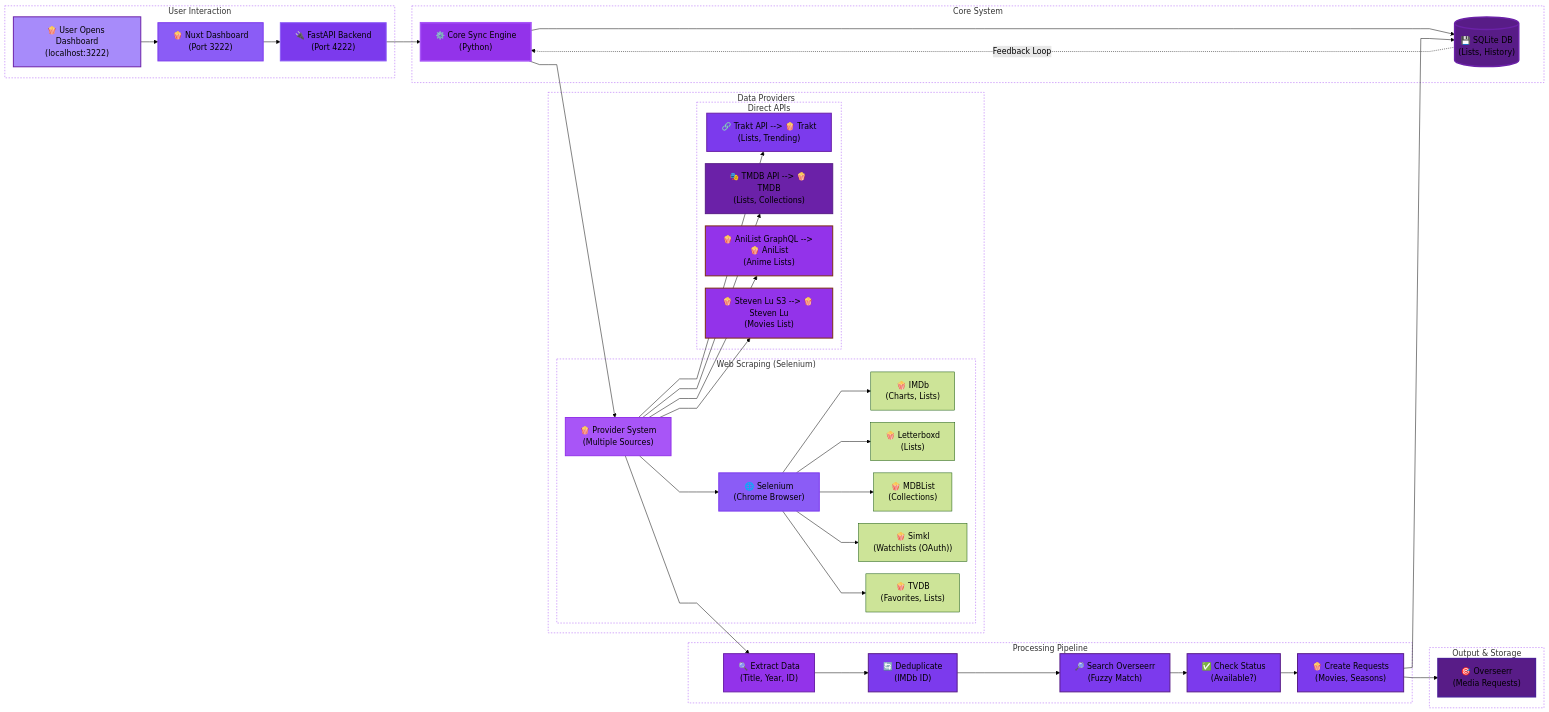
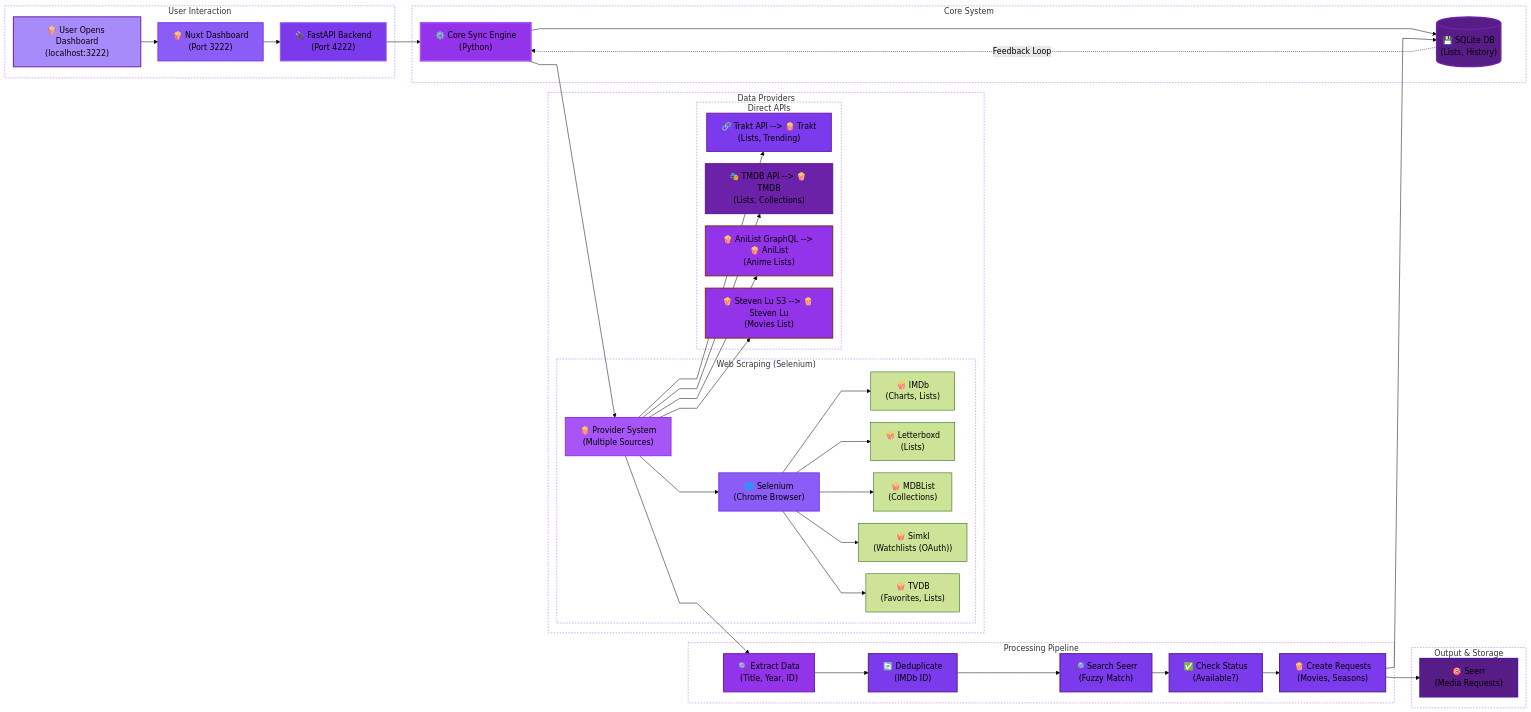
Before and after one commit to KaHooli/list-sync: the diagram in ReadMe.md, drawn with Mermaid (forest theme). The commit also changed other lines of this file and 74 other files, not shown here.

````diff
--- a/ReadMe.md
+++ b/ReadMe.md
@@ -637,76 +637,76 @@
 ```mermaid
 %%{init: {'flowchart': {'diagramPadding': 20, 'nodeSpacing': 25, 'rankSpacing': 35, 'curve': 'linear'}}}%%
 graph LR
     %% Condensed Flow with Reduced Text and More Padding
 
     %% UI
     subgraph ui["User Interaction"]
         U["🍿 User Opens Dashboard\n(localhost:3222)"] --> D["🍿 Nuxt Dashboard\n(Port 3222)"] --> B["🔌 FastAPI Backend\n(Port 4222)"]
     end
 
     %% Core
     subgraph core["Core System"]
         B --> C["⚙️ Core Sync Engine\n(Python)"] --> DB[("💾 SQLite DB\n(Lists, History)")]
     end
 
     %% Providers
     subgraph prov["Data Providers"]
         C --> P["🍿 Provider System\n(Multiple Sources)"]
         
         subgraph scrap["Web Scraping (Selenium)"]
             P --> S["🌐 Selenium\n(Chrome Browser)"]
             S --> I["🍿 IMDb\n(Charts, Lists)"]
             S --> L["🍿 Letterboxd\n(Lists)"]
             S --> M["🍿 MDBList\n(Collections)"]
             S --> Si["🍿 Simkl\n(Watchlists (OAuth))"]
             S --> T["🍿 TVDB\n(Favorites, Lists)"]
         end
         subgraph api["Direct APIs"]
             P --> Tr["🔗 Trakt API --> 🍿 Trakt\n(Lists, Trending)"]
             P --> Tm["🎭 TMDB API --> 🍿 TMDB\n(Lists, Collections)"]
             P --> A["🍿 AniList GraphQL --> 🍿 AniList\n(Anime Lists)"]
             P --> St["🍿 Steven Lu S3 --> 🍿 Steven Lu\n(Movies List)"]
         end
     end
 
     %% Pipeline
     subgraph pipe["Processing Pipeline"]
         P --> E["🔍 Extract Data\n(Title, Year, ID)"]
         E --> De["🔄 Deduplicate\n(IMDb ID)"]
-        De --> Se["🔎 Search Overseerr\n(Fuzzy Match)"]
+        De --> Se["🔎 Search Seerr\n(Fuzzy Match)"]
         Se --> Ch["✅ Check Status\n(Available?)"]
         Ch --> R["🍿 Create Requests\n(Movies, Seasons)"]
     end
 
     %% Output
     subgraph out["Output & Storage"]
-        R --> O["🎯 Overseerr\n(Media Requests)"]
+        R --> O["🎯 Seerr\n(Media Requests)"]
         R --> DB
     end
 
     %% Feedback
     DB -.->|"Feedback Loop"| C
 
     %% Darker Colors
     style U fill:#a78bfa,stroke:#6b21a8,stroke-width:2px
     style D fill:#8b5cf6,stroke:#7c3aed,stroke-width:2px
     style B fill:#7c3aed,stroke:#8b5cf6,stroke-width:2px
     style C fill:#9333ea,stroke:#a855f7,stroke-width:3px
     style DB fill:#581c87,stroke:#6b21a8,stroke-width:3px
     style P fill:#a855f7,stroke:#9333ea,stroke-width:2px
     style S fill:#8b5cf6,stroke:#7c3aed,stroke-width:2px
     style Tr fill:#7c3aed,stroke:#6b21a8,stroke-width:2px
     style Tm fill:#6b21a8,stroke:#581c87,stroke-width:2px
     style A fill:#9333ea,stroke:#7c2d12,stroke-width:2px
     style St fill:#9333ea,stroke:#7c2d12,stroke-width:2px
     style E fill:#9333ea,stroke:#6b21a8,stroke-width:2px
     style De fill:#7c3aed,stroke:#581c87,stroke-width:2px
     style Se fill:#7c3aed,stroke:#581c87,stroke-width:2px
     style Ch fill:#7c3aed,stroke:#581c87,stroke-width:2px
     style R fill:#7c3aed,stroke:#581c87,stroke-width:2px
     style O fill:#581c87,stroke:#4c1d95,stroke-width:3px
 
     %% Subgraph Style
     classDef sub fill:none,stroke:#a855f7,stroke-width:1px,stroke-dasharray: 3 3
     class ui,core,prov,scrap,api,pipe,out sub
 ```
````
